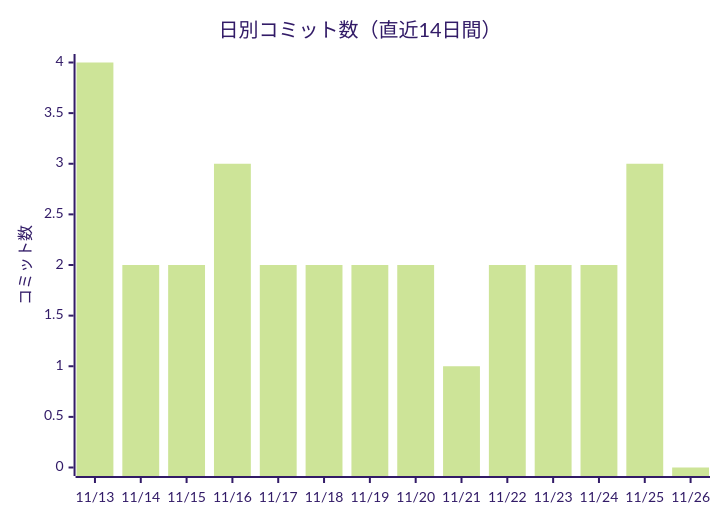
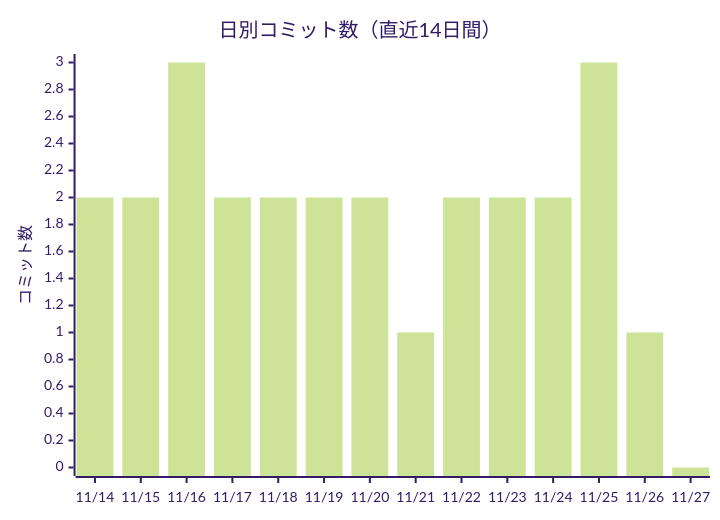
The first of 2 diagrams in docs/進化レポート.md (non-x2/non-x2), drawn with Mermaid (forest theme) before and after one commit. The commit also changed other lines of this file and 1 other file, not shown here.

````diff
--- a/docs/進化レポート.md
+++ b/docs/進化レポート.md
@@ -25,7 +25,7 @@
 ```mermaid
 xychart-beta
     title "日別コミット数（直近14日間）"
-    x-axis ["11/13", "11/14", "11/15", "11/16", "11/17", "11/18", "11/19", "11/20", "11/21", "11/22", "11/23", "11/24", "11/25", "11/26"]
+    x-axis ["11/14", "11/15", "11/16", "11/17", "11/18", "11/19", "11/20", "11/21", "11/22", "11/23", "11/24", "11/25", "11/26", "11/27"]
     y-axis "コミット数"
-    bar [4, 2, 2, 3, 2, 2, 2, 2, 1, 2, 2, 2, 3, 0]
+    bar [2, 2, 3, 2, 2, 2, 2, 1, 2, 2, 2, 3, 1, 0]
 ```
````
